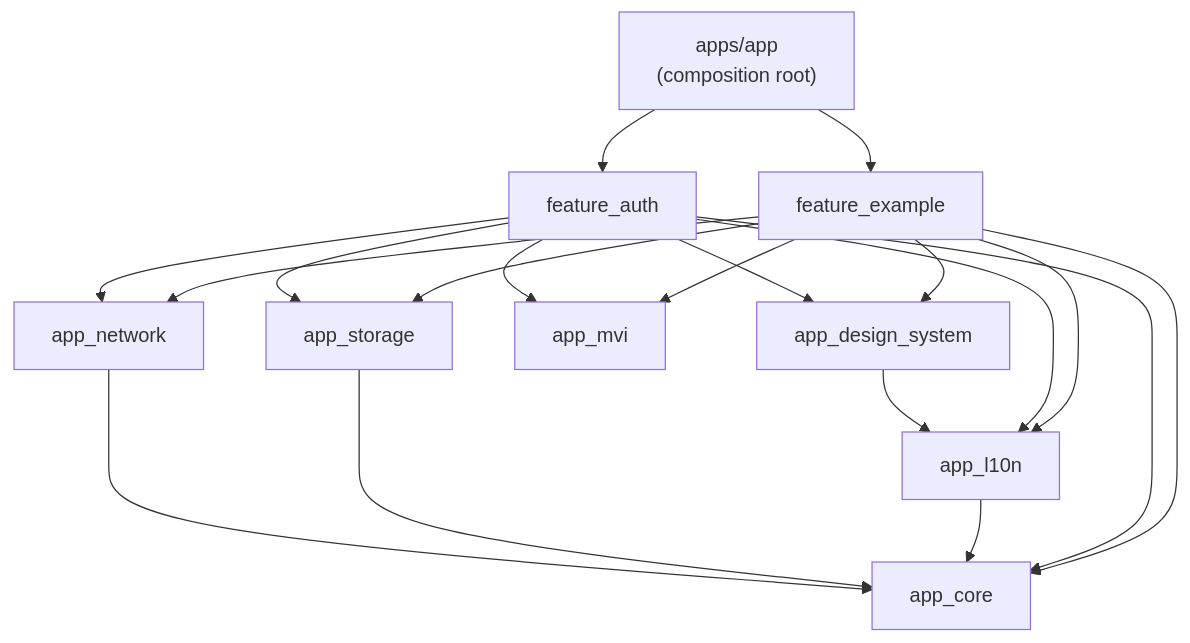
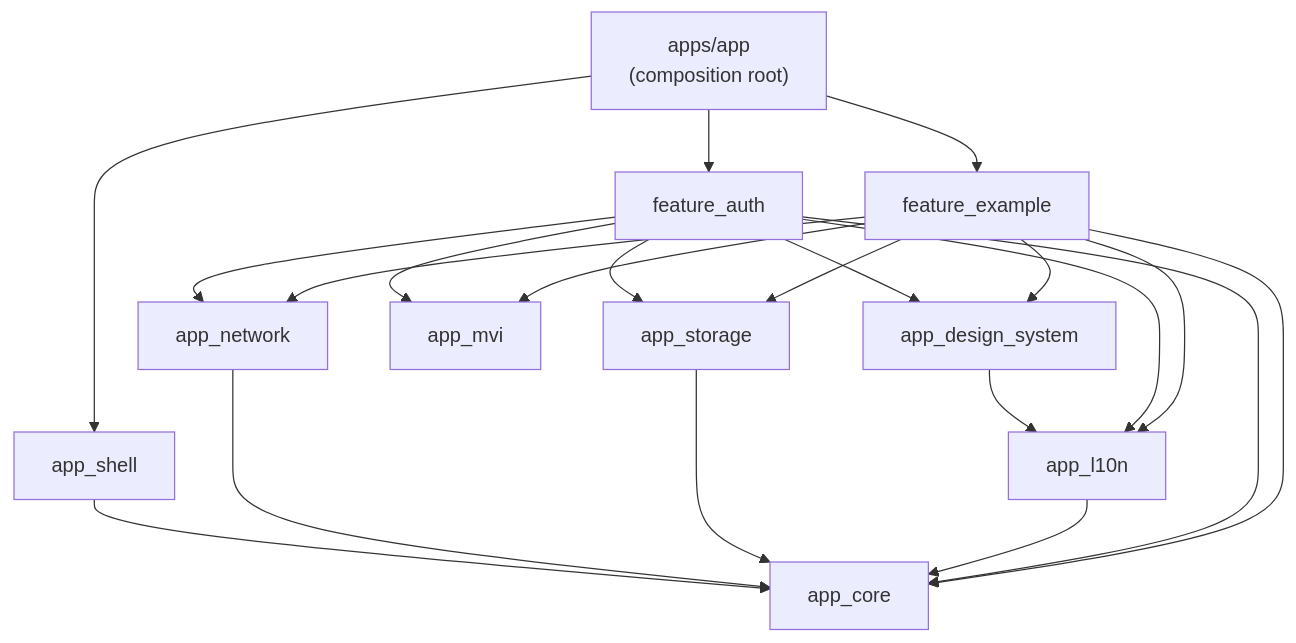
One commit to jdh213/flutter_architecture changed the diagram in docs/ARCHITECTURE.md. Above: the diagram before and after it, drawn with Mermaid. The commit also changed other lines of this file and 10 other files, not shown here.

First line of the commit message:
feat: app_shell 패키지 도입 — 멀티 앱 대비 공통 부트스트랩 골격 분리

````diff
--- a/docs/ARCHITECTURE.md
+++ b/docs/ARCHITECTURE.md
@@ -5,21 +5,23 @@
 ```mermaid
 graph TD
-    APP["apps/app<br/>(composition root)"] --> FA["feature_auth"]
+    APP["apps/app<br/>(composition root)"] --> SHELL["app_shell"]
+    APP --> FA["feature_auth"]
     APP --> FE["feature_example"]
+    SHELL --> CORE
     FA --> NET["app_network"]
     FA --> STO["app_storage"]
     FA --> MVI["app_mvi"]
     FA --> DS["app_design_system"]
     FE --> NET
     FE --> STO
     FE --> MVI
     FE --> DS
     DS --> L10N["app_l10n"]
     FA --> L10N
     FE --> L10N
     NET --> CORE["app_core"]
     STO --> CORE
     L10N --> CORE
     FA --> CORE
     FE --> CORE
 ```
````
